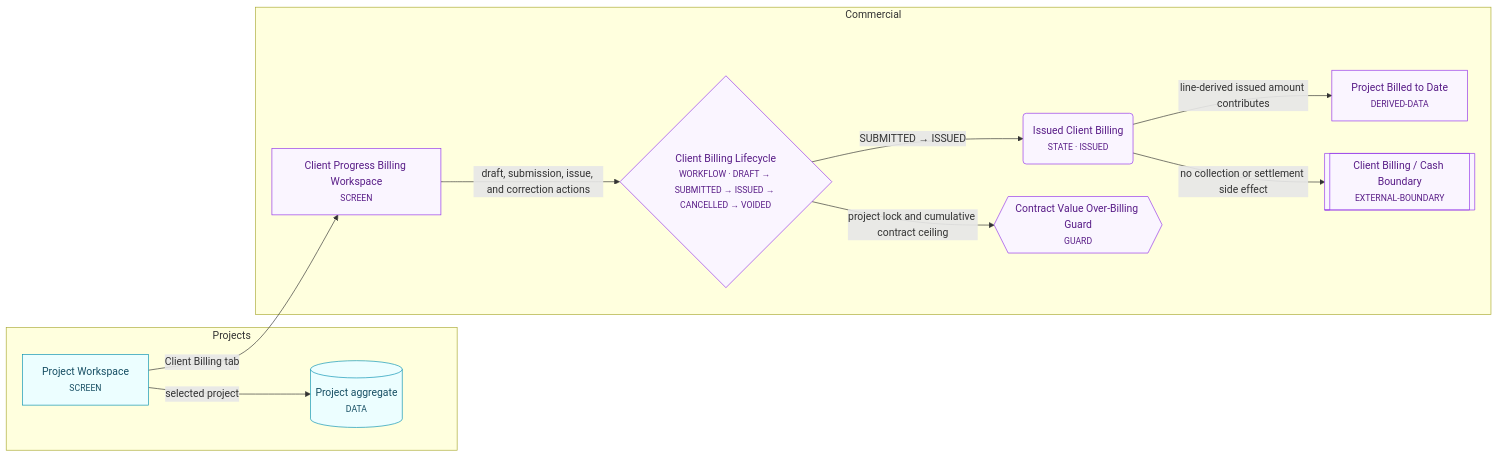
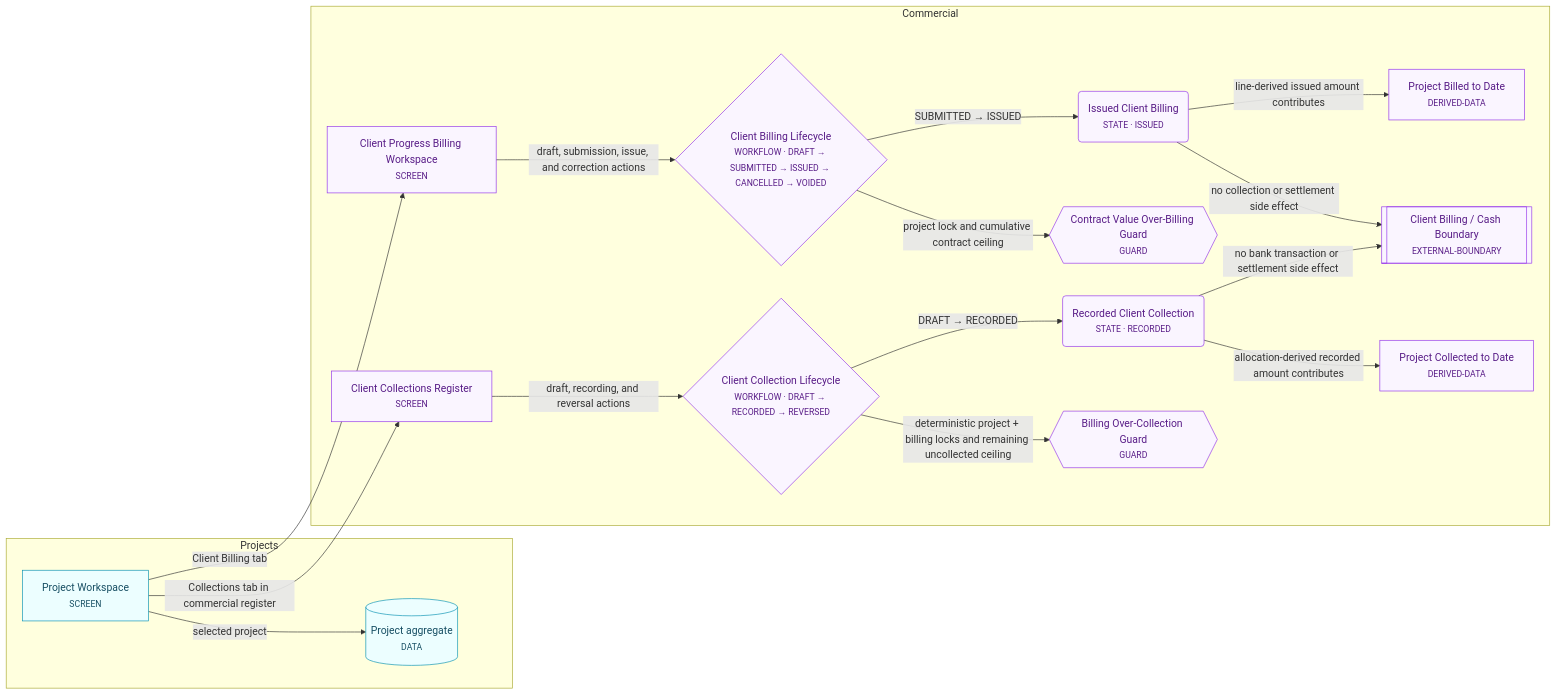
One commit to Juvialski/InvoiceApp changed the third of 6 diagrams in docs/architecture/APP_WORKFLOW_MAP.md. Above: the diagram before and after it, drawn with Mermaid. The commit also changed other lines of this file and 28 other files, not shown here.

Commit message:
feat: add P2B-5 client collections and receivables

````diff
--- a/docs/architecture/APP_WORKFLOW_MAP.md
+++ b/docs/architecture/APP_WORKFLOW_MAP.md
@@ -435,39 +451,55 @@
 ```mermaid
 flowchart LR
   subgraph g_projects["Projects"]
     n_project_workspace["Project Workspace<br/><small>SCREEN</small>"]
     n_project_aggregate[("Project aggregate<br/><small>DATA</small>")]
   end
   subgraph g_commercial["Commercial"]
     n_client_billing_workspace["Client Progress Billing Workspace<br/><small>SCREEN</small>"]
     n_client_billing_lifecycle{"Client Billing Lifecycle<br/><small>WORKFLOW · DRAFT → SUBMITTED → ISSUED → CANCELLED → VOIDED</small>"}
     n_client_billing_issued("Issued Client Billing<br/><small>STATE · ISSUED</small>")
     n_project_billed_to_date["Project Billed to Date<br/><small>DERIVED-DATA</small>"]
     n_client_billing_overbilling_guard{{"Contract Value Over-Billing Guard<br/><small>GUARD</small>"}}
     n_client_billing_cash_boundary[["Client Billing / Cash Boundary<br/><small>EXTERNAL-BOUNDARY</small>"]]
+    n_client_collection_workspace["Client Collections Register<br/><small>SCREEN</small>"]
+    n_client_collection_lifecycle{"Client Collection Lifecycle<br/><small>WORKFLOW · DRAFT → RECORDED → REVERSED</small>"}
+    n_client_collection_recorded("Recorded Client Collection<br/><small>STATE · RECORDED</small>")
+    n_project_collected_to_date["Project Collected to Date<br/><small>DERIVED-DATA</small>"]
+    n_client_collection_overcollection_guard{{"Billing Over-Collection Guard<br/><small>GUARD</small>"}}
   end
   n_project_workspace -->|selected project| n_project_aggregate
   n_project_workspace -->|Client Billing tab| n_client_billing_workspace
   n_client_billing_workspace -->|draft, submission, issue, and correction actions| n_client_billing_lifecycle
   n_client_billing_lifecycle -->|SUBMITTED → ISSUED| n_client_billing_issued
   n_client_billing_issued -->|line-derived issued amount contributes| n_project_billed_to_date
   n_client_billing_lifecycle -->|project lock and cumulative contract ceiling| n_client_billing_overbilling_guard
   n_client_billing_issued -->|no collection or settlement side effect| n_client_billing_cash_boundary
+  n_project_workspace -->|Collections tab in commercial register| n_client_collection_workspace
+  n_client_collection_workspace -->|draft, recording, and reversal actions| n_client_collection_lifecycle
+  n_client_collection_lifecycle -->|DRAFT → RECORDED| n_client_collection_recorded
+  n_client_collection_recorded -->|allocation-derived recorded amount contributes| n_project_collected_to_date
+  n_client_collection_lifecycle -->|deterministic project + billing locks and remaining uncollected ceiling| n_client_collection_overcollection_guard
+  n_client_collection_recorded -->|no bank transaction or settlement side effect| n_client_billing_cash_boundary
   classDef platformTenancy fill:#eef2ff,stroke:#4f46e5,color:#1e1b4b;
   classDef dashboard fill:#f1f5f9,stroke:#475569,color:#0f172a;
   classDef projects fill:#ecfeff,stroke:#0891b2,color:#164e63;
   classDef engineering fill:#f0fdf4,stroke:#16a34a,color:#14532d;
   classDef finance fill:#fff7ed,stroke:#ea580c,color:#7c2d12;
   classDef workforce fill:#fdf4ff,stroke:#c026d3,color:#701a75;
   classDef reporting fill:#fefce8,stroke:#ca8a04,color:#713f12;
   classDef assistant fill:#fdf2f8,stroke:#db2777,color:#831843;
   classDef commercial fill:#faf5ff,stroke:#9333ea,color:#581c87;
   class n_project_workspace projects
   class n_project_aggregate projects
   class n_client_billing_workspace commercial
   class n_client_billing_lifecycle commercial
   class n_client_billing_issued commercial
   class n_project_billed_to_date commercial
   class n_client_billing_overbilling_guard commercial
   class n_client_billing_cash_boundary commercial
+  class n_client_collection_workspace commercial
+  class n_client_collection_lifecycle commercial
+  class n_client_collection_recorded commercial
+  class n_project_collected_to_date commercial
+  class n_client_collection_overcollection_guard commercial
 ```
````
